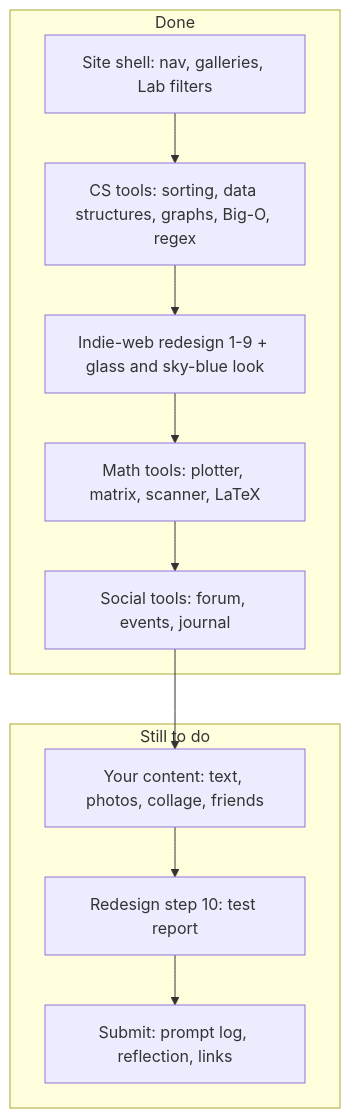
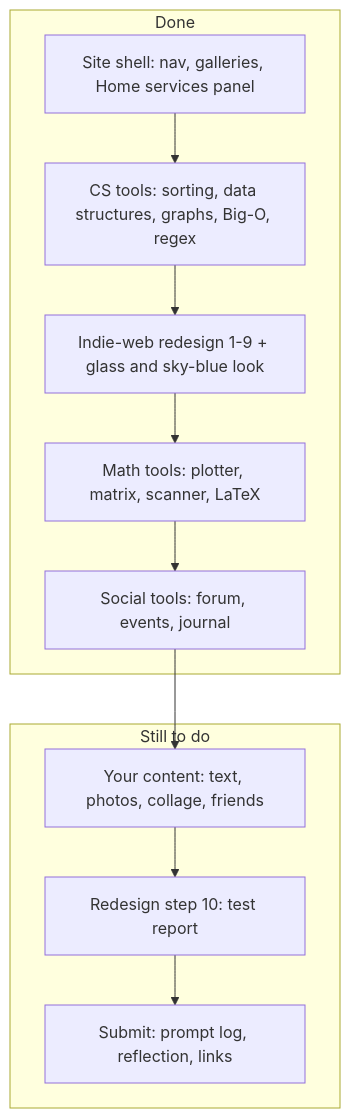
Before and after one commit to ChrisMedkit/CS-235-IntroToAI: the first of 13 diagrams in DIAGRAM.md, drawn with Mermaid. The commit also changed other lines of this file and 30 other files, not shown here.

Commit message:
Fill in site content; CD-ROM splash button; Home services panel; Me desk with sticky notes; remove Lab

````diff
--- a/DIAGRAM.md
+++ b/DIAGRAM.md
@@ -5,18 +5,18 @@
 ```mermaid
 flowchart TD
   subgraph DONE["Done"]
-    D1["Site shell: nav, galleries, Lab filters"]
+    D1["Site shell: nav, galleries, Home services panel"]
     D2["CS tools: sorting, data structures, graphs, Big-O, regex"]
     D3["Indie-web redesign 1-9 + glass and sky-blue look"]
     D4["Math tools: plotter, matrix, scanner, LaTeX"]
     D5["Social tools: forum, events, journal"]
     D1 --> D2 --> D3 --> D4 --> D5
   end
   subgraph NEXT["Still to do"]
     N1["Your content: text, photos, collage, friends"]
     N4["Redesign step 10: test report"]
     N5["Submit: prompt log, reflection, links"]
     N1 --> N4 --> N5
   end
   D5 --> N1
 ```
````
